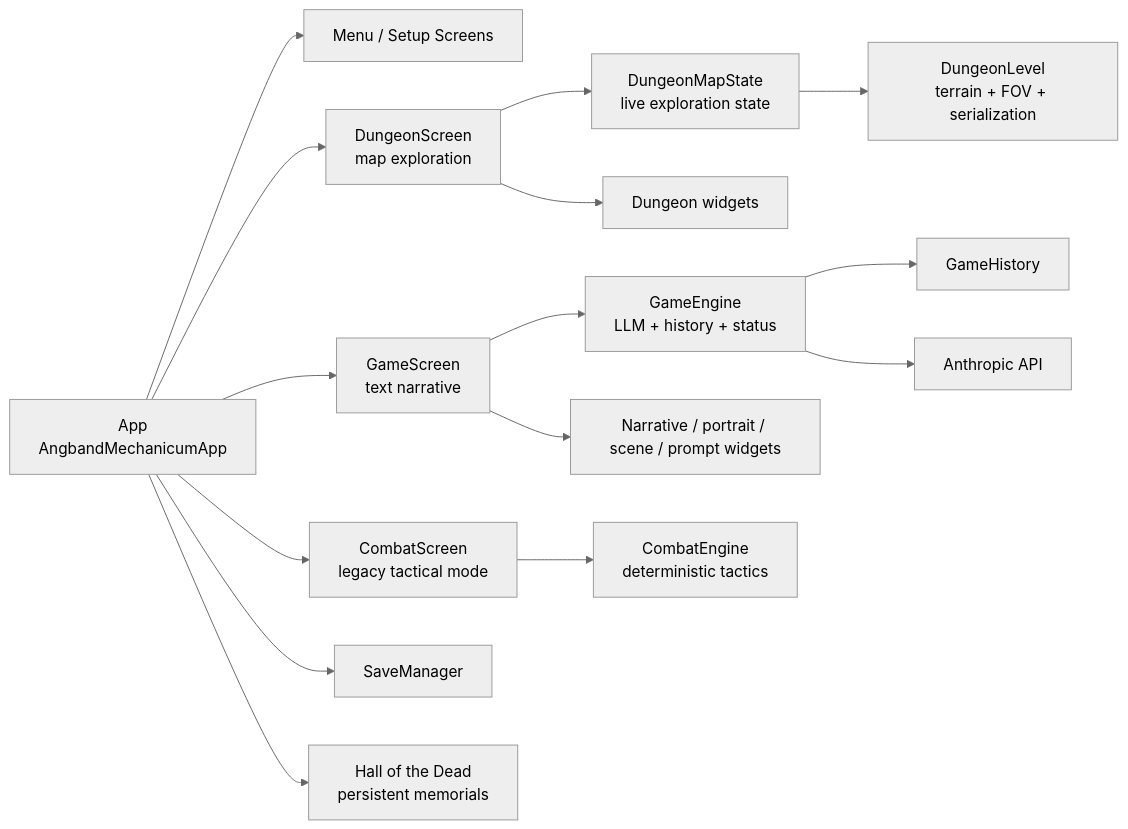
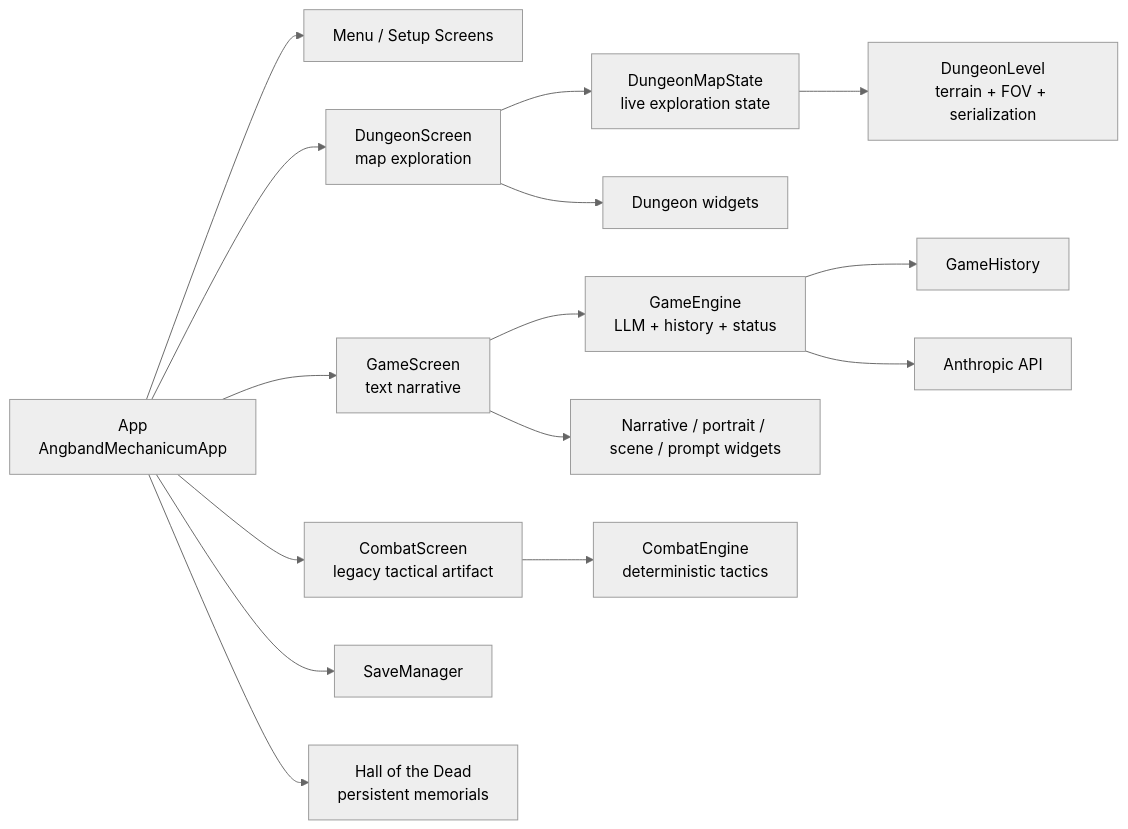
Before and after one commit to naclonts/angband-mechanicum: the first of 5 diagrams in docs/architecture.md, drawn with Mermaid (neutral theme). The commit also changed other lines of this file and 6 other files, not shown here.

````diff
--- a/docs/architecture.md
+++ b/docs/architecture.md
@@ -50,19 +50,19 @@
 ```mermaid
 flowchart LR
     A["App<br/>AngbandMechanicumApp"] --> B["Menu / Setup Screens"]
     A --> C["DungeonScreen<br/>map exploration"]
     A --> D["GameScreen<br/>text narrative"]
-    A --> E["CombatScreen<br/>legacy tactical mode"]
+    A --> E["CombatScreen<br/>legacy tactical artifact"]
 
     D --> F["GameEngine<br/>LLM + history + status"]
     C --> G["DungeonMapState<br/>live exploration state"]
     G --> H["DungeonLevel<br/>terrain + FOV + serialization"]
     C --> I["Dungeon widgets"]
     D --> J["Narrative / portrait / scene / prompt widgets"]
     E --> K["CombatEngine<br/>deterministic tactics"]
 
     F --> L["GameHistory"]
     F --> M["Anthropic API"]
     A --> N["SaveManager"]
     A --> O["Hall of the Dead<br/>persistent memorials"]
 ```
````
